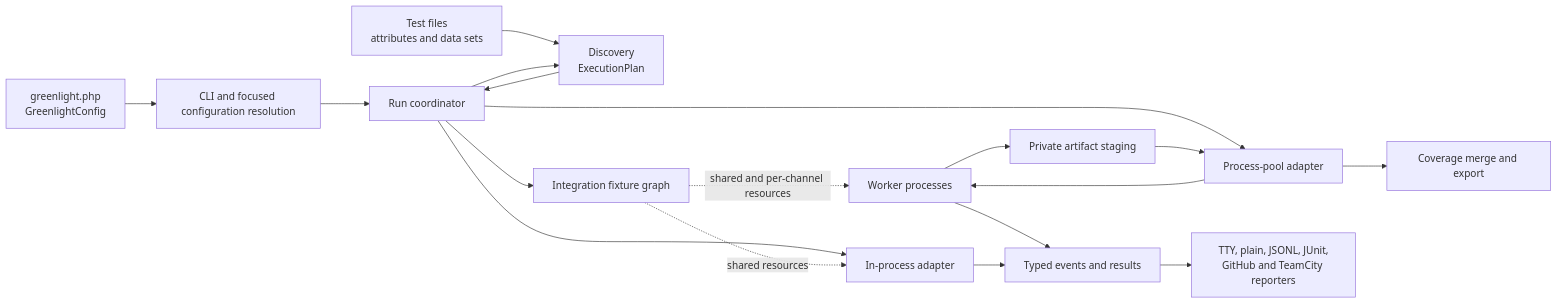
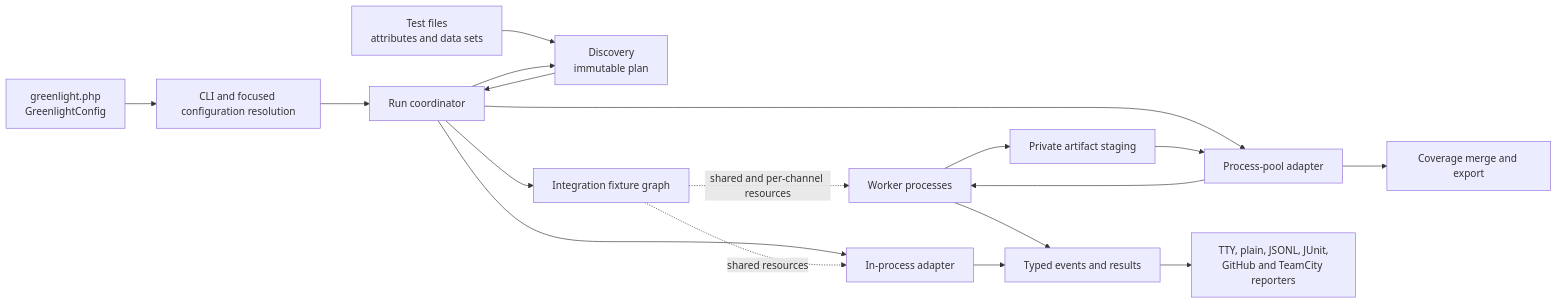
One commit to ben-challis/greenlight changed the diagram in docs/architecture/README.md. Above: the diagram before and after it, drawn with Mermaid. The commit also changed other lines of this file and 172 other files, not shown here.

````diff
--- a/docs/architecture/README.md
+++ b/docs/architecture/README.md
@@ -12,20 +12,20 @@
 ```mermaid
 flowchart LR
     config["greenlight.php<br/>GreenlightConfig"] --> cli["CLI and focused configuration resolution"]
-    tests["Test files<br/>attributes and data sets"] --> discovery["Discovery<br/>ExecutionPlan"]
+    tests["Test files<br/>attributes and data sets"] --> discovery["Discovery<br/>immutable plan"]
     cli --> coordinator["Run coordinator"]
     coordinator --> discovery
     discovery --> coordinator
     coordinator --> fixtures["Integration fixture graph"]
     coordinator --> inprocess["In-process adapter"]
     coordinator --> orchestrator["Process-pool adapter"]
     orchestrator --> workers["Worker processes"]
     fixtures -. "shared and per-channel resources" .-> workers
     fixtures -. "shared resources" .-> inprocess
     workers --> events["Typed events and results"]
     inprocess --> events
     events --> reporters["TTY, plain, JSONL, JUnit,<br/>GitHub and TeamCity reporters"]
     workers --> staging["Private artifact staging"]
     staging --> orchestrator
     orchestrator --> coverage["Coverage merge and export"]
 ```
````
